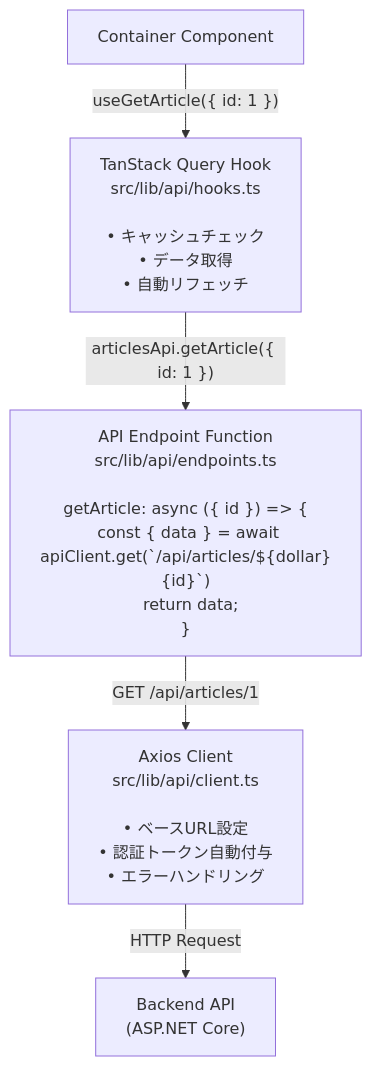
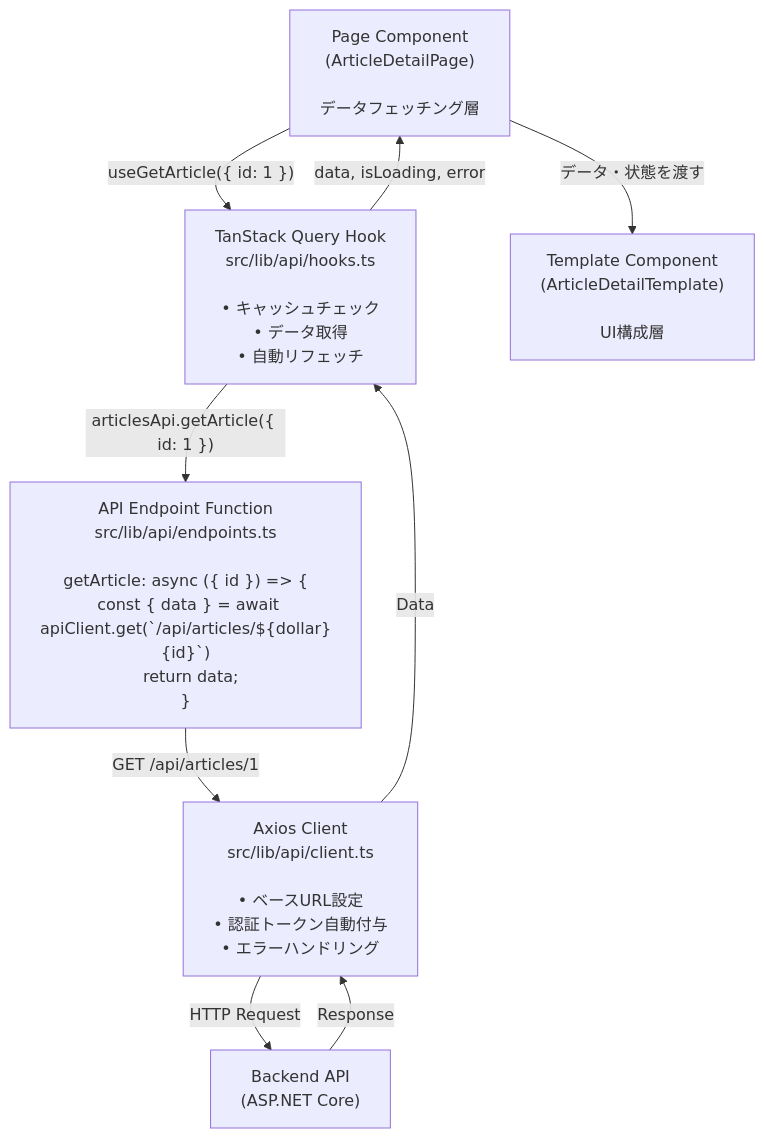
Before and after one commit to doguto/nari-note: the fourth of 7 diagrams in nari-note-frontend/docs/architecture-diagram.md, drawn with Mermaid. The commit also changed other lines of this file, not shown here.

Commit message:
Docs: architecture-diagram.mdを5層Atomic Design構造に更新

````diff
--- a/nari-note-frontend/docs/architecture-diagram.md
+++ b/nari-note-frontend/docs/architecture-diagram.md
@@ -271,13 +427,18 @@
 ```mermaid
 graph TB
-    Container["Container Component"]
+    Page["Page Component<br/>(ArticleDetailPage)<br/><br/>データフェッチング層"]
     TanStackQuery["TanStack Query Hook<br/>src/lib/api/hooks.ts<br/><br/>• キャッシュチェック<br/>• データ取得<br/>• 自動リフェッチ"]
     APIEndpoint["API Endpoint Function<br/>src/lib/api/endpoints.ts<br/><br/>getArticle: async ({ id }) => {<br/>  const { data } = await apiClient.get(`/api/articles/${dollar}{id}`)<br/>  return data;<br/>}"]
     AxiosClient["Axios Client<br/>src/lib/api/client.ts<br/><br/>• ベースURL設定<br/>• 認証トークン自動付与<br/>• エラーハンドリング"]
     Backend["Backend API<br/>(ASP.NET Core)"]
+    Template["Template Component<br/>(ArticleDetailTemplate)<br/><br/>UI構成層"]
     
-    Container -->|"useGetArticle({ id: 1 })"| TanStackQuery
+    Page -->|"useGetArticle({ id: 1 })"| TanStackQuery
     TanStackQuery -->|"articlesApi.getArticle({ id: 1 })"| APIEndpoint
     APIEndpoint -->|"GET /api/articles/1"| AxiosClient
     AxiosClient -->|"HTTP Request"| Backend
+    Backend -->|"Response"| AxiosClient
+    AxiosClient -->|"Data"| TanStackQuery
+    TanStackQuery -->|"data, isLoading, error"| Page
+    Page -->|"データ・状態を渡す"| Template
 ```
````
